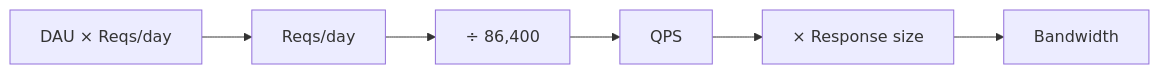
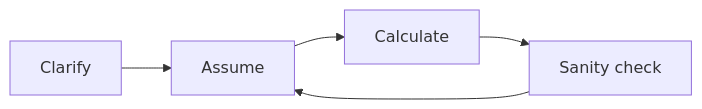
The diagram in content/hld/back-of-envelope-estimation.mdx (Gauravmadhukarkhandekar/System-design-platform), drawn with Mermaid before and after one commit. The commit also changed other lines of this file and 3 other files, not shown here.

````diff
--- a/content/hld/back-of-envelope-estimation.mdx
+++ b/content/hld/back-of-envelope-estimation.mdx
@@ -40,8 +110,7 @@
 ```mermaid
 flowchart LR
-  A[DAU × Reqs/day] --> B[Reqs/day]
-  B --> C["÷ 86,400"]
-  C --> D[QPS]
-  D --> E[× Response size]
-  E --> F[Bandwidth]
+  A[Clarify] --> B[Assume]
+  B --> C[Calculate]
+  C --> D[Sanity check]
+  D --> B
 ```
````
